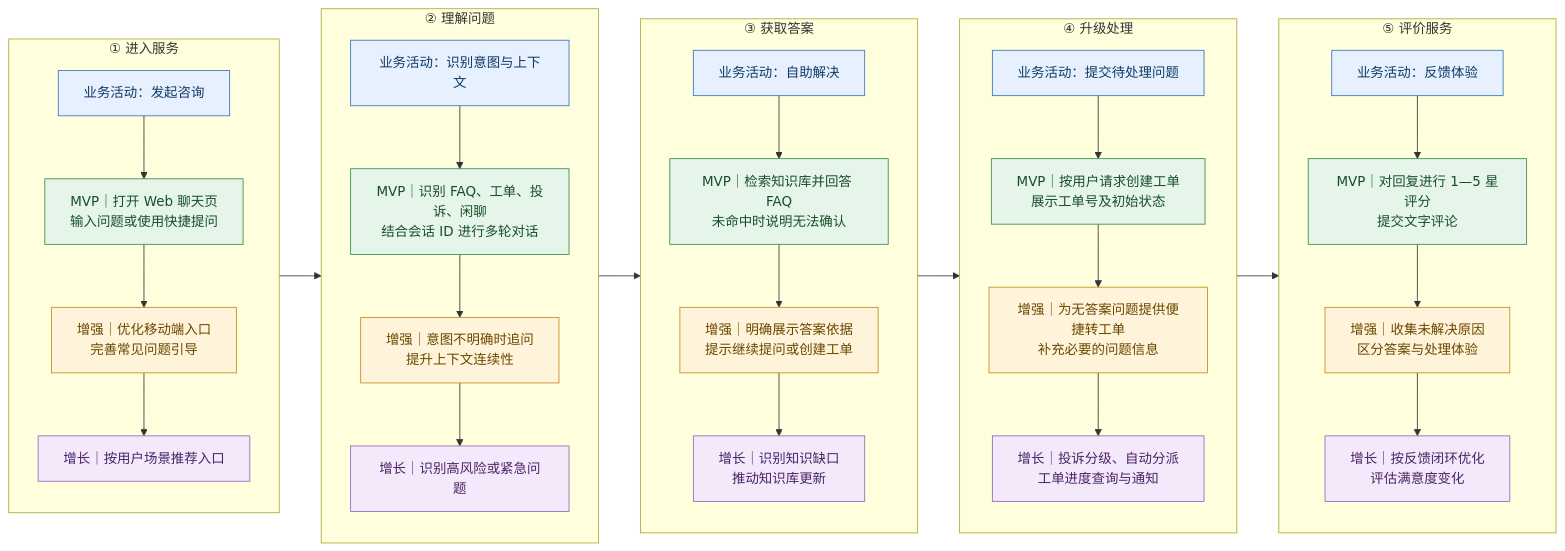
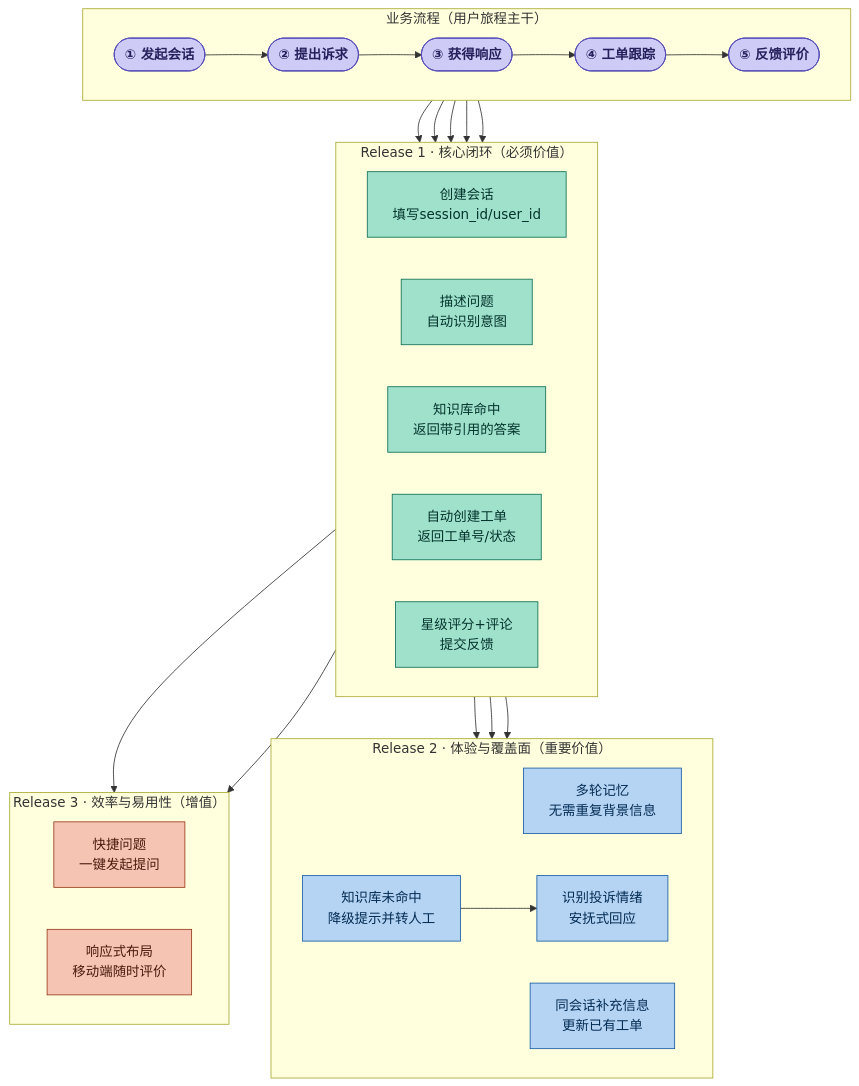
The second of 6 diagrams in courseware/pages/part2design.md (bettermorn/IntelligentSWEPractice), drawn with Mermaid before and after one commit. The commit also changed other lines of this file, not shown here.

````diff
--- a/courseware/pages/part2design.md
+++ b/courseware/pages/part2design.md
@@ -283,59 +170,41 @@
-```mermaid{scale:0.7}
-flowchart LR
-    subgraph S1["① 进入服务"]
-        direction TB
-        H1["业务活动：发起咨询"]
-        M1["MVP｜打开 Web 聊天页<br/>输入问题或使用快捷提问"]
-        E1["增强｜优化移动端入口<br/>完善常见问题引导"]
-        G1["增长｜按用户场景推荐入口"]
-        H1 --> M1 --> E1 --> G1
-    end
-
-    subgraph S2["② 理解问题"]
-        direction TB
-        H2["业务活动：识别意图与上下文"]
-        M2["MVP｜识别 FAQ、工单、投诉、闲聊<br/>结合会话 ID 进行多轮对话"]
-        E2["增强｜意图不明确时追问<br/>提升上下文连续性"]
-        G2["增长｜识别高风险或紧急问题"]
-        H2 --> M2 --> E2 --> G2
-    end
-
-    subgraph S3["③ 获取答案"]
-        direction TB
-        H3["业务活动：自助解决"]
-        M3["MVP｜检索知识库并回答 FAQ<br/>未命中时说明无法确认"]
-        E3["增强｜明确展示答案依据<br/>提示继续提问或创建工单"]
-        G3["增长｜识别知识缺口<br/>推动知识库更新"]
-        H3 --> M3 --> E3 --> G3
-    end
-
-    subgraph S4["④ 升级处理"]
-        direction TB
-        H4["业务活动：提交待处理问题"]
-        M4["MVP｜按用户请求创建工单<br/>展示工单号及初始状态"]
-        E4["增强｜为无答案问题提供便捷转工单<br/>补充必要的问题信息"]
-        G4["增长｜投诉分级、自动分派<br/>工单进度查询与通知"]
-        H4 --> M4 --> E4 --> G4
-    end
-
-    subgraph S5["⑤ 评价服务"]
-        direction TB
-        H5["业务活动：反馈体验"]
-        M5["MVP｜对回复进行 1—5 星评分<br/>提交文字评论"]
-        E5["增强｜收集未解决原因<br/>区分答案与处理体验"]
-        G5["增长｜按反馈闭环优化<br/>评估满意度变化"]
-        H5 --> M5 --> E5 --> G5
-    end
-
-    H1 --> H2 --> H3 --> H4 --> H5
-
-    classDef header fill:#E7F0FF,stroke:#3973B9,color:#123A63;
-    classDef mvp fill:#E5F5E9,stroke:#378A50,color:#184E2A;
-    classDef enhance fill:#FFF3D9,stroke:#C58A19,color:#6B4700;
-    classDef growth fill:#F3E9FA,stroke:#9565B5,color:#4B2467;
-
-    class H1,H2,H3,H4,H5 header;
-    class M1,M2,M3,M4,M5 mvp;
-    class E1,E2,E3,E4,E5 enhance;
-    class G1,G2,G3,G4,G5 growth;
+```mermaid{scale:0.5}
+flowchart TB
+classDef epic fill:#CECBF6,stroke:#534AB7,color:#26215C,font-weight:bold;
+classDef mvp fill:#9FE1CB,stroke:#0F6E56,color:#04342C;
+classDef r2 fill:#B5D4F4,stroke:#185FA5,color:#042C53;
+classDef r3 fill:#F5C4B3,stroke:#993C1D,color:#4A1B0C;
+subgraph Backbone["业务流程（用户旅程主干）"]
+direction LR
+E1(["① 发起会话"]):::epic --> E2(["② 提出诉求"]):::epic --> E3(["③ 获得响应"]):::epic --> E4(["④ 工单跟踪"]):::epic --> E5(["⑤ 反馈评价"]):::epic
+end
+subgraph R1["Release 1 · 核心闭环（必须价值）"]
+direction LR
+S1_1["创建会话<br/>填写session_id/user_id"]:::mvp
+S2_1["描述问题<br/>自动识别意图"]:::mvp
+S3_1["知识库命中<br/>返回带引用的答案"]:::mvp
+S4_1["自动创建工单<br/>返回工单号/状态"]:::mvp
+S5_1["星级评分+评论<br/>提交反馈"]:::mvp
+end
+subgraph R2plus["Release 2 · 体验与覆盖面（重要价值）"]
+direction LR
+S2_2["多轮记忆<br/>无需重复背景信息"]:::r2
+S3_2["知识库未命中<br/>降级提示并转人工"]:::r2
+S3_3["识别投诉情绪<br/>安抚式回应"]:::r2
+S4_2["同会话补充信息<br/>更新已有工单"]:::r2
+end
+subgraph R3plus["Release 3 · 效率与易用性（增值）"]
+direction LR
+S1_2["快捷问题<br/>一键发起提问"]:::r3
+S5_2["响应式布局<br/>移动端随时评价"]:::r3
+end
+E1 --> S1_1
+E2 --> S2_1
+E3 --> S3_1
+E4 --> S4_1
+E5 --> S5_1
+S2_1 --> S2_2
+S3_1 --> S3_2 --> S3_3
+S4_1 --> S4_2
+S1_1 --> S1_2
+S5_1 --> S5_2
 ```
````
